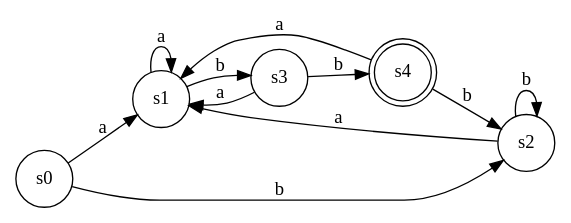
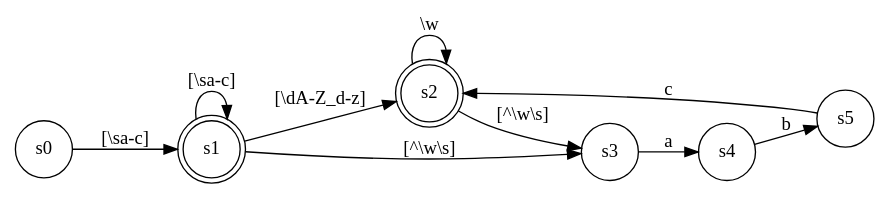
One commit to nano-go/regexcv changed the diagram in resources/dfa1.dot. Above: the diagram before and after it, drawn with Graphviz. The commit also changed 7 other files, not shown here.

```diff
--- a/resources/dfa1.dot
+++ b/resources/dfa1.dot
@@ -1,20 +1,20 @@
 digraph DFA{
 	rankdir=LR
 
 	s0 [shape=circle]
-	s1 [shape=circle]
-	s2 [shape=circle]
+	s1 [shape=doublecircle]
+	s2 [shape=doublecircle]
 	s3 [shape=circle]
-	s4 [shape=doublecircle]
+	s4 [shape=circle]
+	s5 [shape=circle]
 
-	s0 -> s1 [label="a"]
-	s0 -> s2 [label="b"]
-	s1 -> s1 [label="a"]
-	s1 -> s3 [label="b"]
-	s2 -> s1 [label="a"]
-	s2 -> s2 [label="b"]
-	s3 -> s1 [label="a"]
-	s3 -> s4 [label="b"]
-	s4 -> s1 [label="a"]
-	s4 -> s2 [label="b"]
+	s0 -> s1 [label="[\\sa-c]"]
+	s1 -> s2 [label="[\\dA-Z_d-z]"]
+	s1 -> s3 [label="[^\\w\\s]"]
+	s1 -> s1 [label="[\\sa-c]"]
+	s2 -> s2 [label="\\w"]
+	s2 -> s3 [label="[^\\w\\s]"]
+	s3 -> s4 [label="a"]
+	s4 -> s5 [label="b"]
+	s5 -> s2 [label="c"]
 }
```
